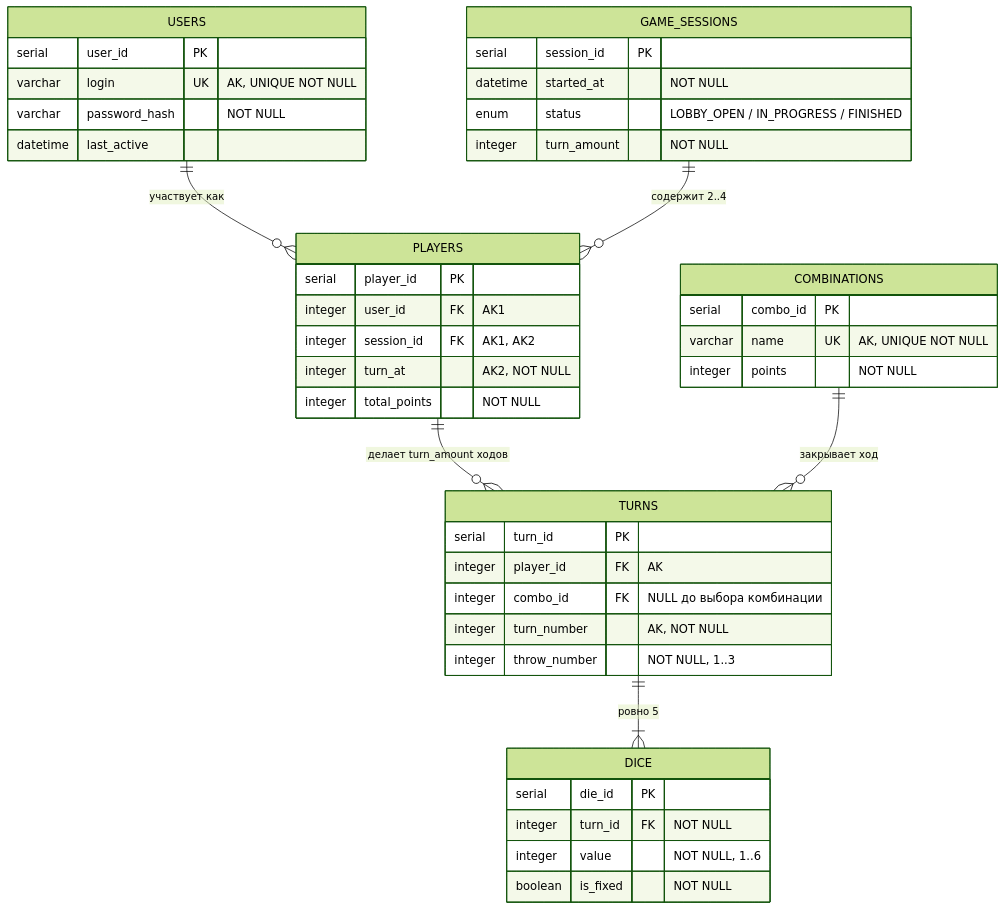
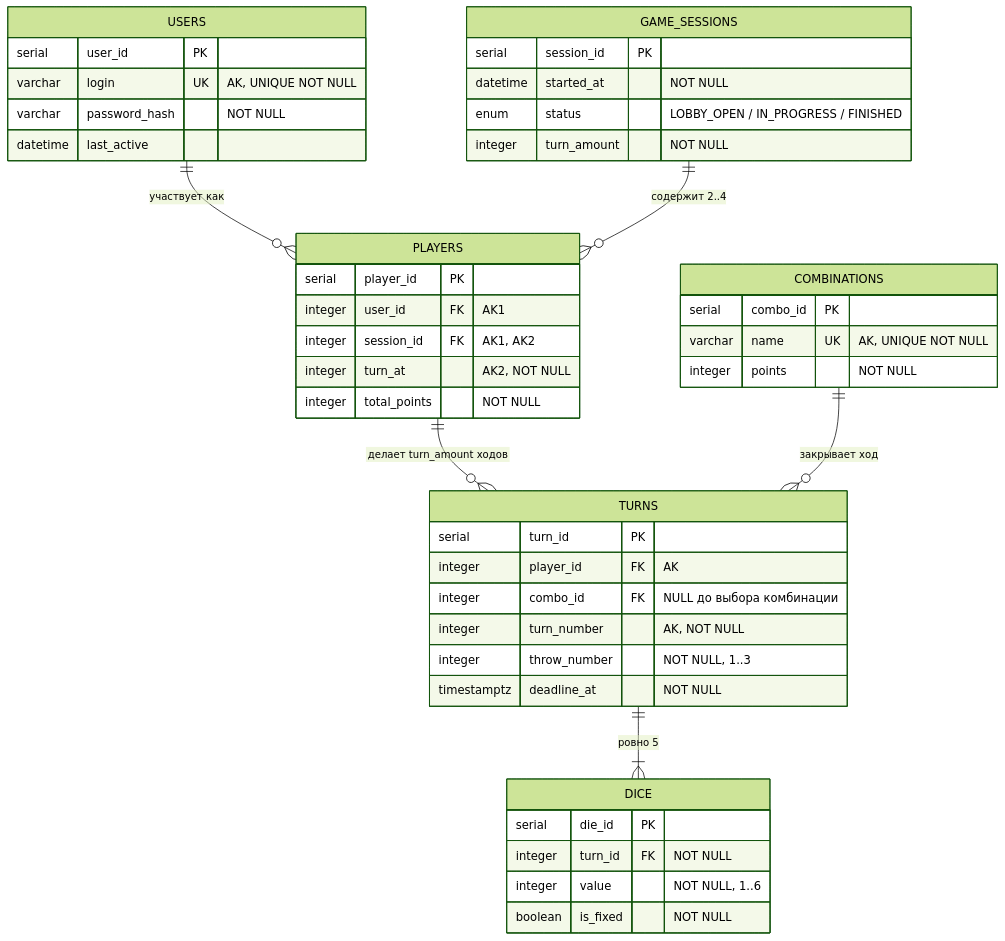
Before and after one commit to seventwogth/databases-itmo: the first of 3 diagrams in docs/sql-functions.md, drawn with Mermaid (forest theme). The commit also changed other lines of this file and 7 other files, not shown here.

````diff
--- a/docs/sql-functions.md
+++ b/docs/sql-functions.md
@@ -16,46 +16,47 @@
 ```mermaid
 erDiagram
     USERS {
         serial user_id PK
         varchar login UK "AK, UNIQUE NOT NULL"
         varchar password_hash "NOT NULL"
         datetime last_active
     }
     GAME_SESSIONS {
         serial session_id PK
         datetime started_at "NOT NULL"
         enum status "LOBBY_OPEN / IN_PROGRESS / FINISHED"
         integer turn_amount "NOT NULL"
     }
     PLAYERS {
         serial player_id PK
         integer user_id FK "AK1"
         integer session_id FK "AK1, AK2"
         integer turn_at "AK2, NOT NULL"
         integer total_points "NOT NULL"
     }
     TURNS {
         serial turn_id PK
         integer player_id FK "AK"
         integer combo_id FK "NULL до выбора комбинации"
         integer turn_number "AK, NOT NULL"
         integer throw_number "NOT NULL, 1..3"
+        timestamptz deadline_at "NOT NULL"
     }
     DICE {
         serial die_id PK
         integer turn_id FK "NOT NULL"
         integer value "NOT NULL, 1..6"
         boolean is_fixed "NOT NULL"
     }
     COMBINATIONS {
         serial combo_id PK
         varchar name UK "AK, UNIQUE NOT NULL"
         integer points "NOT NULL"
     }
 
     USERS ||--o{ PLAYERS : "участвует как"
     GAME_SESSIONS ||--o{ PLAYERS : "содержит 2..4"
     PLAYERS ||--o{ TURNS : "делает turn_amount ходов"
     TURNS ||--|{ DICE : "ровно 5"
     COMBINATIONS ||--o{ TURNS : "закрывает ход"
 ```
````
